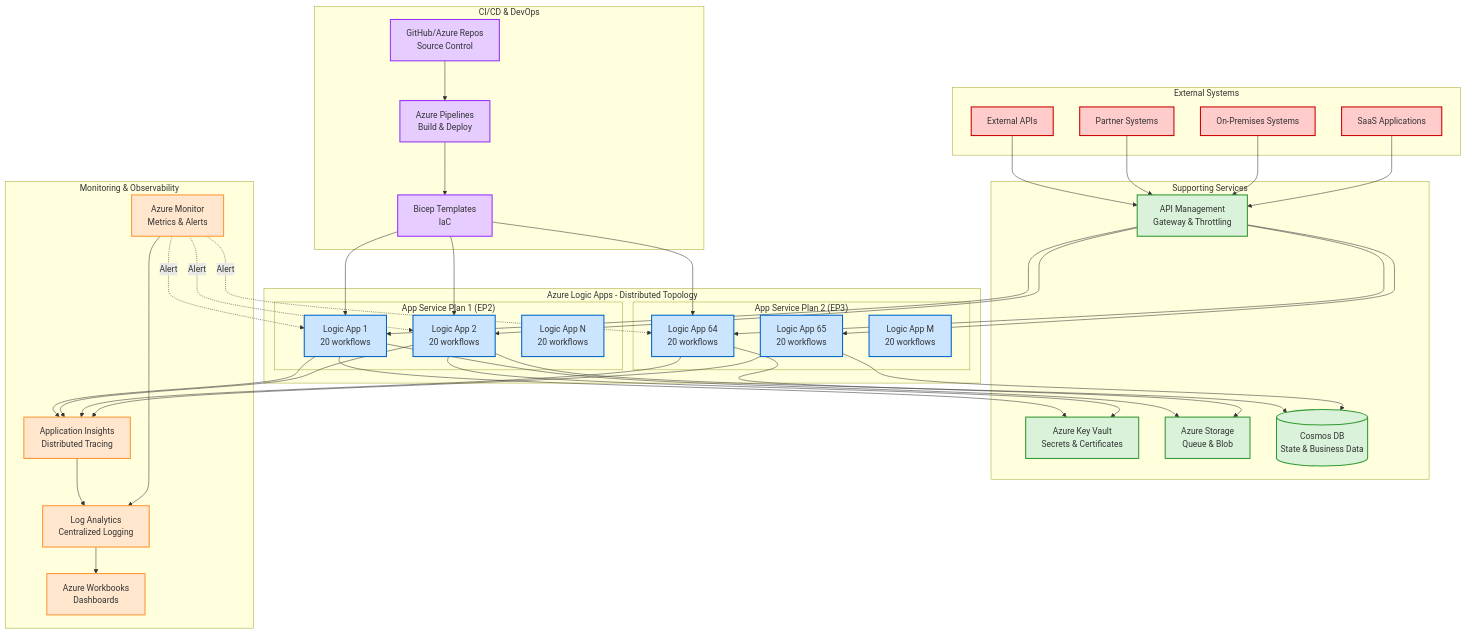
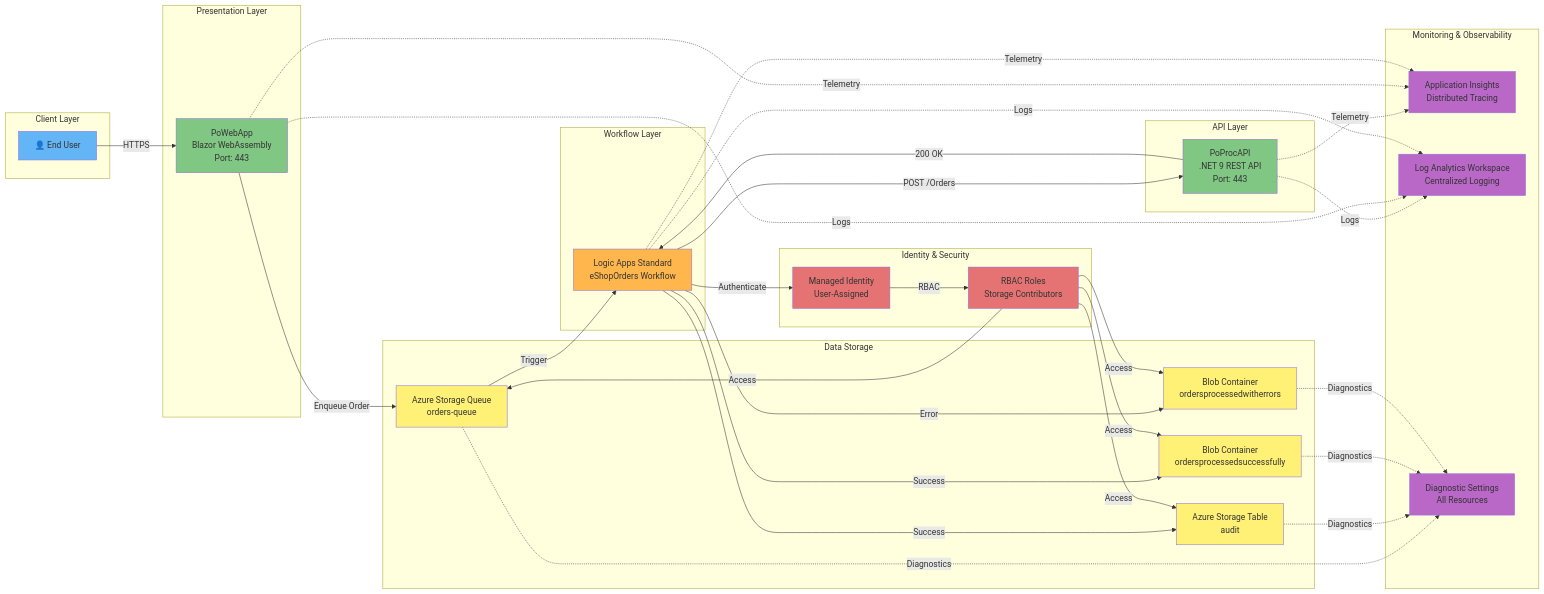
The second of 4 diagrams in README.md (Evilazaro/Azure-LogicApps-Monitoring), drawn with Mermaid before and after one commit. The commit also changed other lines of this file, not shown here.

Commit message:
Implement feature X to enhance user experience and optimize performance

````diff
--- a/README.md
+++ b/README.md
@@ -390,91 +244,79 @@
 ```mermaid
-graph TB
-    subgraph "External Systems"
-        EXT1[External APIs]
-        EXT2[Partner Systems]
-        EXT3[On-Premises Systems]
-        EXT4[SaaS Applications]
+graph LR
+    subgraph "Client Layer"
+        USER[👤 End User]
     end
     
-    subgraph "Azure Logic Apps - Distributed Topology"
-        subgraph "App Service Plan 1 (EP2)"
-            LA1[Logic App 1<br/>20 workflows]
-            LA2[Logic App 2<br/>20 workflows]
-            LA3[Logic App N<br/>20 workflows]
-        end
-        
-        subgraph "App Service Plan 2 (EP3)"
-            LA64[Logic App 64<br/>20 workflows]
-            LA65[Logic App 65<br/>20 workflows]
-            LA66[Logic App M<br/>20 workflows]
-        end
+    subgraph "Presentation Layer"
+        WEBAPP[PoWebApp<br/>Blazor WebAssembly<br/>Port: 443]
     end
     
-    subgraph "Supporting Services"
-        APIM[API Management<br/>Gateway & Throttling]
-        KV[Azure Key Vault<br/>Secrets & Certificates]
-        STORAGE[Azure Storage<br/>Queue & Blob]
-        COSMOS[(Cosmos DB<br/>State & Business Data)]
+    subgraph "API Layer"
+        API[PoProcAPI<br/>.NET 9 REST API<br/>Port: 443]
+    end
+    
+    subgraph "Workflow Layer"
+        LA[Logic Apps Standard<br/>eShopOrders Workflow]
+    end
+    
+    subgraph "Data Storage"
+        QUEUE[Azure Storage Queue<br/>orders-queue]
+        TABLE[Azure Storage Table<br/>audit]
+        BLOB_SUCCESS[Blob Container<br/>ordersprocessedsuccessfully]
+        BLOB_ERROR[Blob Container<br/>ordersprocessedwitherrors]
     end
     
     subgraph "Monitoring & Observability"
-        MONITOR[Azure Monitor<br/>Metrics & Alerts]
-        INSIGHTS[Application Insights<br/>Distributed Tracing]
-        LOGS[Log Analytics<br/>Centralized Logging]
-        WORKBOOK[Azure Workbooks<br/>Dashboards]
+        AI[Application Insights<br/>Distributed Tracing]
+        LAW[Log Analytics Workspace<br/>Centralized Logging]
+        DIAG[Diagnostic Settings<br/>All Resources]
     end
     
-    subgraph "CI/CD & DevOps"
-        REPO[GitHub/Azure Repos<br/>Source Control]
-        PIPELINE[Azure Pipelines<br/>Build & Deploy]
-        BICEP[Bicep Templates<br/>IaC]
+    subgraph "Identity & Security"
+        MI[Managed Identity<br/>User-Assigned]
+        RBAC[RBAC Roles<br/>Storage Contributors]
     end
     
-    EXT1 --> APIM
-    EXT2 --> APIM
-    EXT3 --> APIM
-    EXT4 --> APIM
+    USER -->|HTTPS| WEBAPP
+    WEBAPP -->|Enqueue Order| QUEUE
+    QUEUE -->|Trigger| LA
+    LA -->|POST /Orders| API
+    API -->|200 OK| LA
+    LA -->|Success| TABLE
+    LA -->|Success| BLOB_SUCCESS
+    LA -->|Error| BLOB_ERROR
     
-    APIM --> LA1
-    APIM --> LA2
-    APIM --> LA64
-    APIM --> LA65
+    API -.->|Telemetry| AI
+    WEBAPP -.->|Telemetry| AI
+    LA -.->|Telemetry| AI
     
-    LA1 --> KV
-    LA2 --> KV
-    LA1 --> STORAGE
-    LA2 --> COSMOS
-    LA64 --> STORAGE
-    LA65 --> COSMOS
+    API -.->|Logs| LAW
+    WEBAPP -.->|Logs| LAW
+    LA -.->|Logs| LAW
     
-    LA1 --> INSIGHTS
-    LA2 --> INSIGHTS
-    LA64 --> INSIGHTS
-    LA65 --> INSIGHTS
+    QUEUE -.->|Diagnostics| DIAG
+    TABLE -.->|Diagnostics| DIAG
+    BLOB_SUCCESS -.->|Diagnostics| DIAG
+    BLOB_ERROR -.->|Diagnostics| DIAG
     
-    INSIGHTS --> LOGS
-    MONITOR --> LOGS
-    LOGS --> WORKBOOK
+    LA -->|Authenticate| MI
+    MI -->|RBAC| RBAC
+    RBAC -->|Access| QUEUE
+    RBAC -->|Access| TABLE
+    RBAC -->|Access| BLOB_SUCCESS
+    RBAC -->|Access| BLOB_ERROR
     
-    MONITOR -.Alert.-> LA1
-    MONITOR -.Alert.-> LA2
-    MONITOR -.Alert.-> LA64
-    
-    REPO --> PIPELINE
-    PIPELINE --> BICEP
-    BICEP --> LA1
-    BICEP --> LA2
-    BICEP --> LA64
-    
-    classDef externalClass fill:#ffcccc,stroke:#cc0000,stroke-width:2px
-    classDef logicAppClass fill:#cce5ff,stroke:#0066cc,stroke-width:2px
-    classDef supportClass fill:#d9f2d9,stroke:#339933,stroke-width:2px
-    classDef monitorClass fill:#ffe6cc,stroke:#ff9933,stroke-width:2px
-    classDef devopsClass fill:#e6ccff,stroke:#9933ff,stroke-width:2px
-    
-    class EXT1,EXT2,EXT3,EXT4 externalClass
-    class LA1,LA2,LA3,LA64,LA65,LA66 logicAppClass
-    class APIM,KV,STORAGE,COSMOS supportClass
-    class MONITOR,INSIGHTS,LOGS,WORKBOOK monitorClass
-    class REPO,PIPELINE,BICEP devopsClass
+    style USER fill:#64b5f6
+    style WEBAPP fill:#81c784
+    style API fill:#81c784
+    style LA fill:#ffb74d
+    style QUEUE fill:#fff176
+    style TABLE fill:#fff176
+    style BLOB_SUCCESS fill:#fff176
+    style BLOB_ERROR fill:#fff176
+    style AI fill:#ba68c8
+    style LAW fill:#ba68c8
+    style DIAG fill:#ba68c8
+    style MI fill:#e57373
+    style RBAC fill:#e57373
 ```
````
